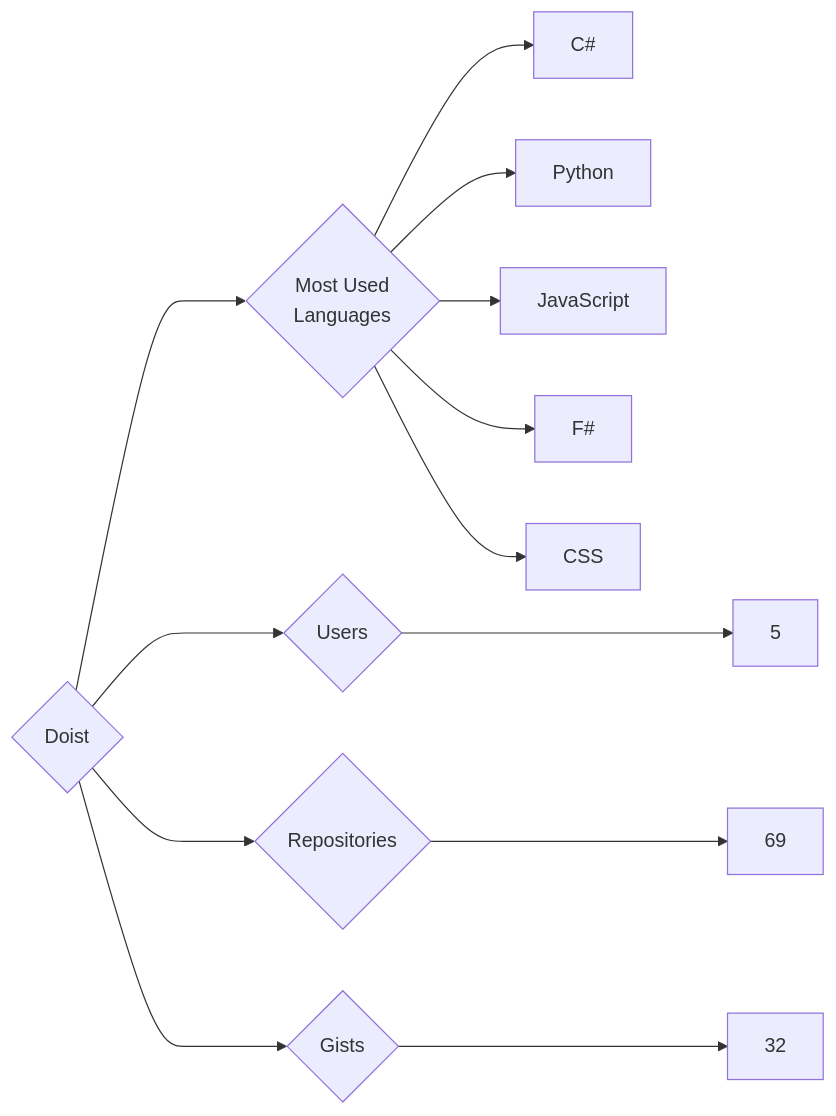
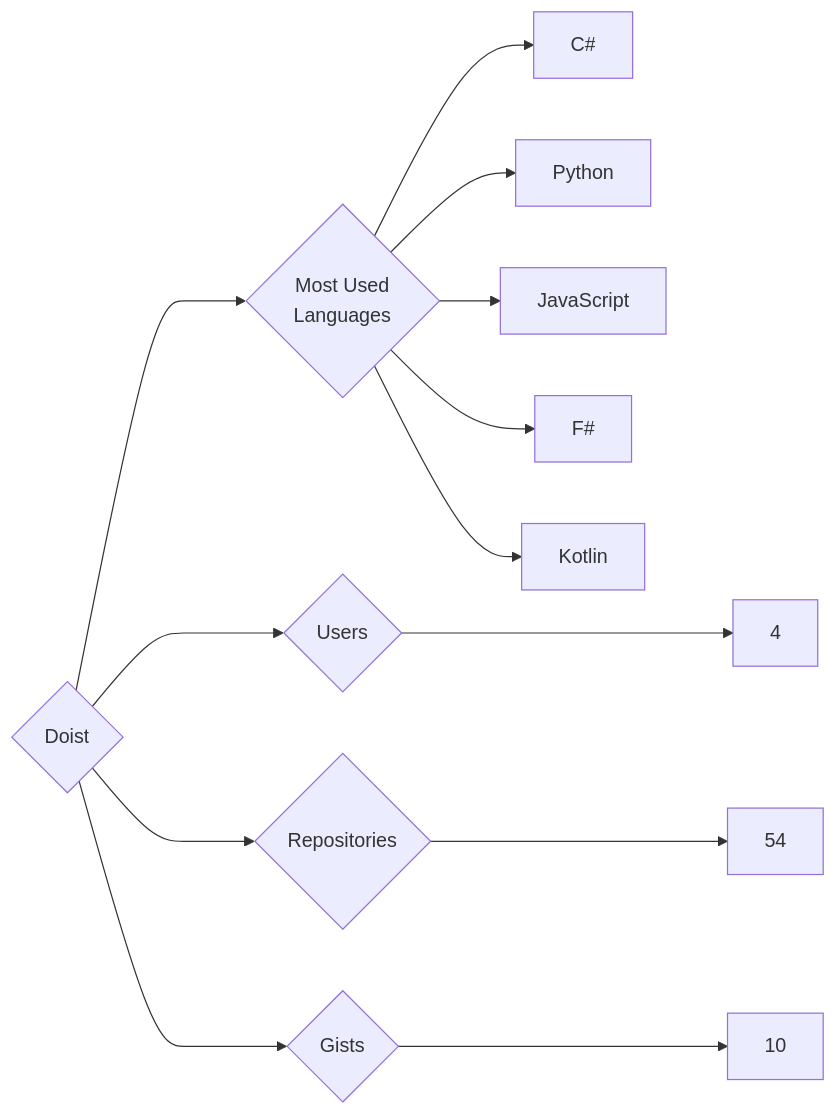
Before and after one commit to trickest/insiders: the diagram in targets/Doist/README.md, drawn with Mermaid. The commit also changed 724 other files, not shown here.

````diff
--- a/targets/Doist/README.md
+++ b/targets/Doist/README.md
@@ -3,13 +3,13 @@
 ```mermaid
 graph LR
 COMPANY_NAME{Doist}
-COMPANY_NAME ---> U{Users} ---> UN[5]
-COMPANY_NAME ---> R{Repositories} ---> RN[69]
-COMPANY_NAME ---> G{Gists} ---> GN[32]
+COMPANY_NAME ---> U{Users} ---> UN[4]
+COMPANY_NAME ---> R{Repositories} ---> RN[54]
+COMPANY_NAME ---> G{Gists} ---> GN[10]
 COMPANY_NAME ---> ML{Most Used<br>Languages}
 ML --> C#[C#]
 ML --> Python[Python]
 ML --> JavaScript[JavaScript]
 ML --> F#[F#]
-ML --> CSS[CSS]
+ML --> Kotlin[Kotlin]
 ```
````
